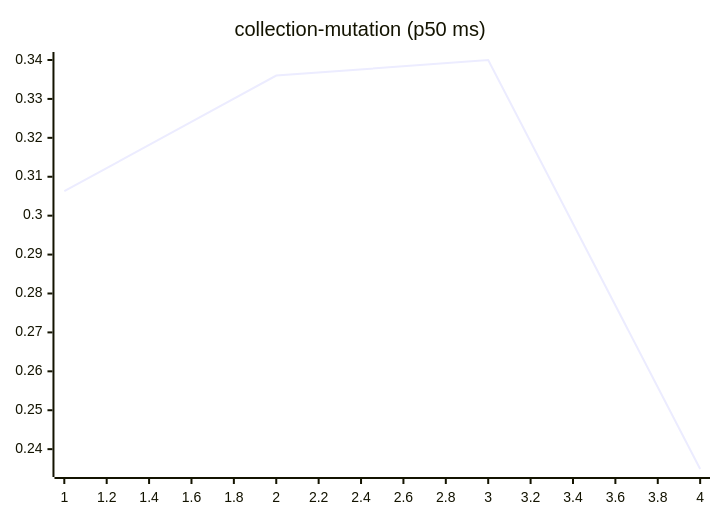
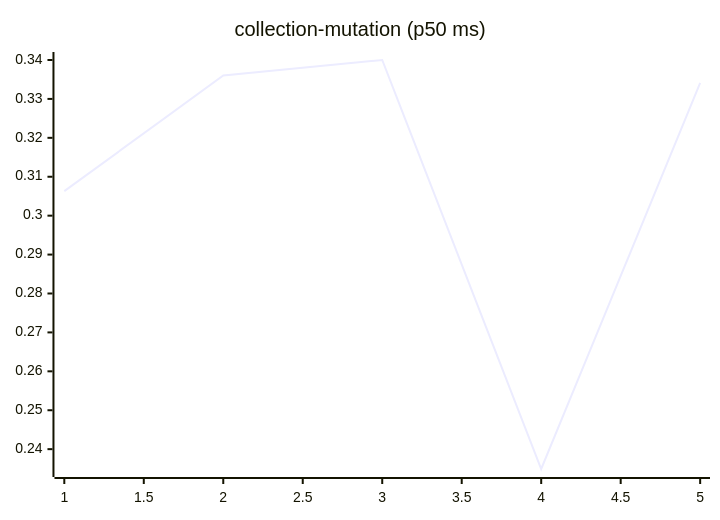
The sixth of 27 diagrams in README.md (josha/Facet), drawn with Mermaid before and after one commit. The commit also changed other lines of this file and 2 other files, not shown here.

````diff
--- a/README.md
+++ b/README.md
@@ -98,6 +98,6 @@
 ```mermaid
 xychart-beta
     title "collection-mutation (p50 ms)"
-    x-axis 1 --> 4
-    line [0.3063, 0.3360, 0.3400, 0.2349]
+    x-axis 1 --> 5
+    line [0.3063, 0.3360, 0.3400, 0.2349, 0.3341]
 ```
````
